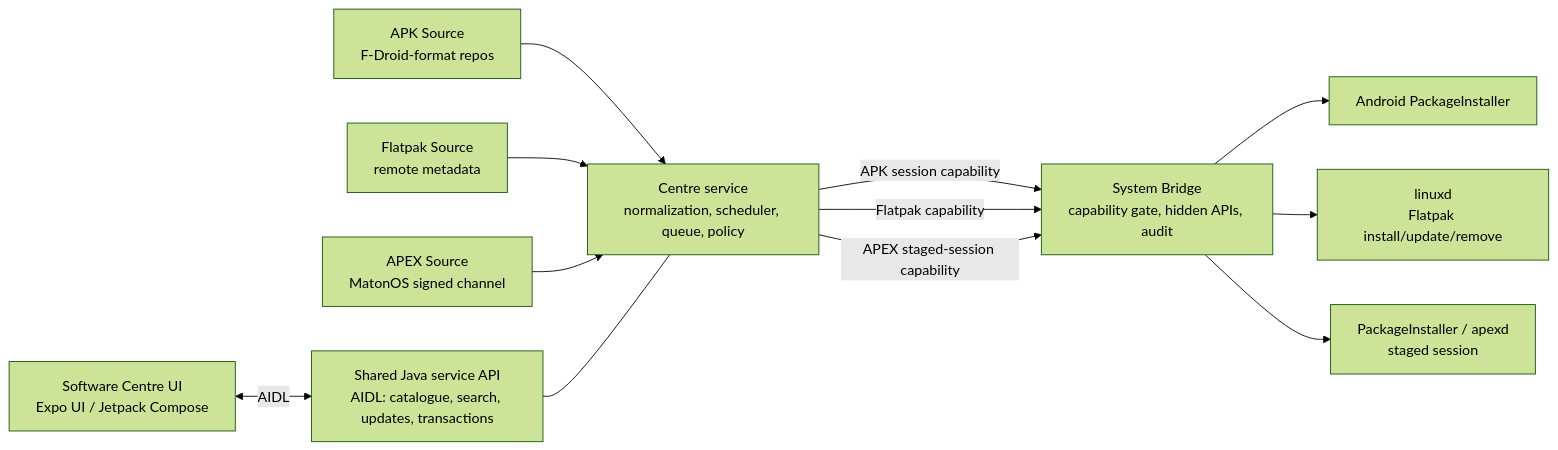
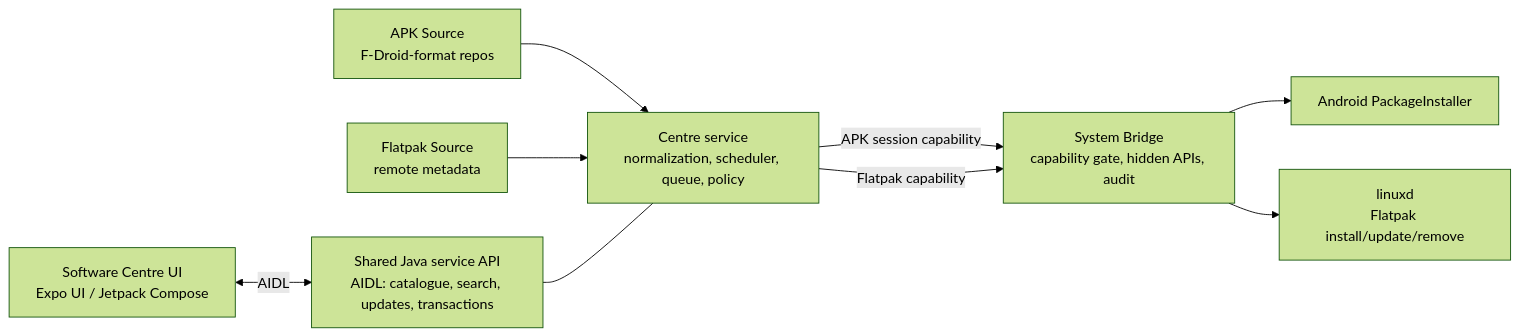
Before and after one commit to MatonOS-dev/MatonOS: the diagram in docs/SOFTWARE-CENTRE.md, drawn with Mermaid (forest theme). The commit also changed other lines of this file and 13 other files, not shown here.

````diff
--- a/docs/SOFTWARE-CENTRE.md
+++ b/docs/SOFTWARE-CENTRE.md
@@ -30,24 +26,19 @@
 ```mermaid
 flowchart LR
   UI[Software Centre UI\nExpo UI / Jetpack Compose]
   API[Shared Java service API\nAIDL: catalogue, search, updates, transactions]
   CORE[Centre service\nnormalization, scheduler, queue, policy]
   APK[APK Source\nF-Droid-format repos]
   FLAT[Flatpak Source\nremote metadata]
-  APEX[APEX Source\nMatonOS signed channel]
   BRIDGE[System Bridge\ncapability gate, hidden APIs, audit]
   PM[Android PackageInstaller]
   LINUXD[linuxd\nFlatpak install/update/remove]
-  APEXD[PackageInstaller / apexd\nstaged session]
   APK --> CORE
   FLAT --> CORE
-  APEX --> CORE
   UI <-->|AIDL| API
   API --- CORE
   CORE -->|APK session capability| BRIDGE
   CORE -->|Flatpak capability| BRIDGE
-  CORE -->|APEX staged-session capability| BRIDGE
   BRIDGE --> PM
   BRIDGE --> LINUXD
-  BRIDGE --> APEXD
 ```
````
